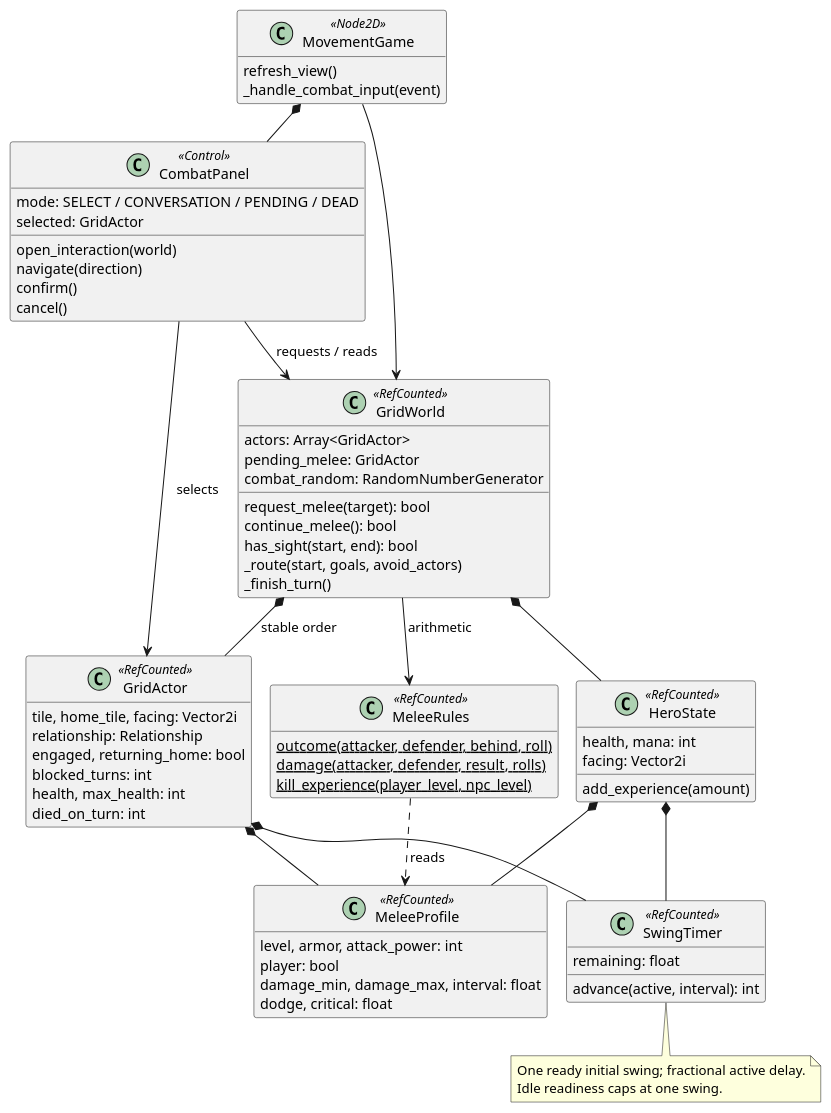
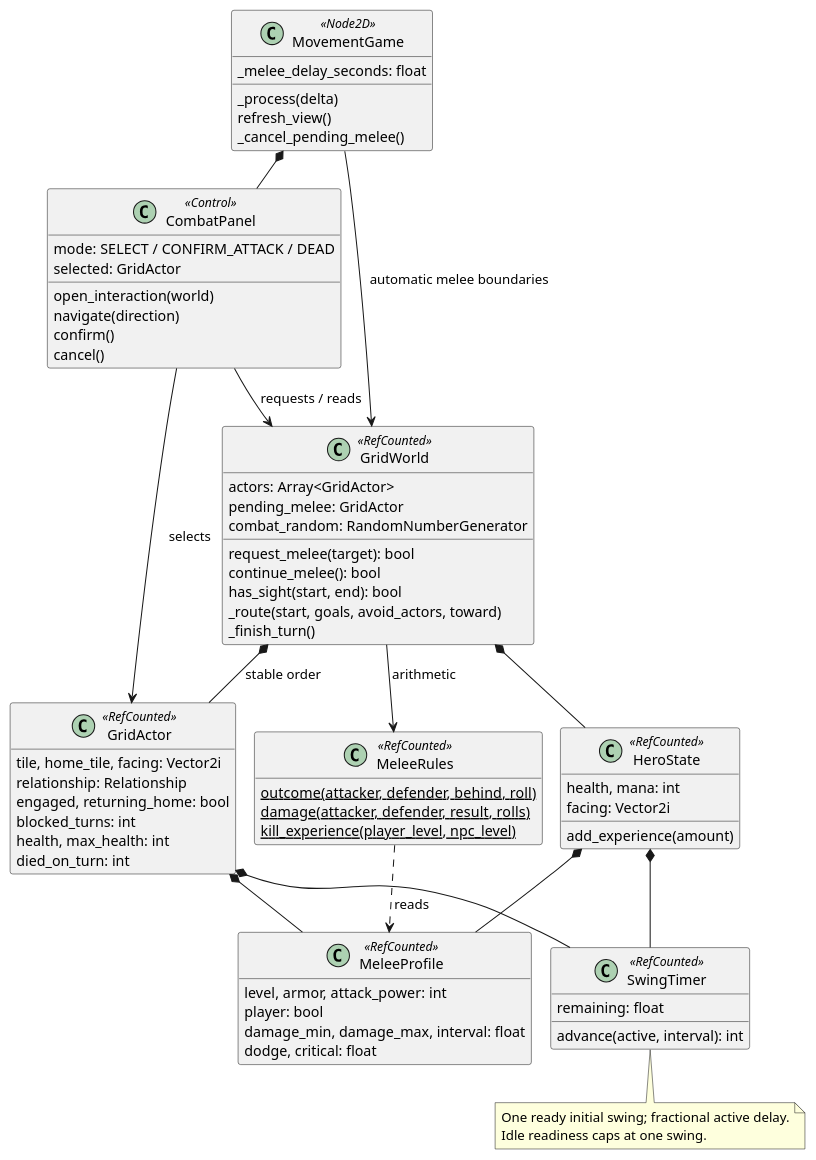
One commit to VHonzik/Ostinato changed the diagram in docs/architecture/classes/combat.puml. Above: the diagram before and after it, drawn with PlantUML. The commit also changed 12 other files, not shown here.

```diff
--- a/docs/architecture/classes/combat.puml
+++ b/docs/architecture/classes/combat.puml
@@ -1,75 +1,77 @@
 @startuml
 !pragma layout smetana
 skinparam shadowing false
 skinparam classAttributeIconSize 0
 hide empty members
 
 class MovementGame <<Node2D>> {
+  _melee_delay_seconds: float
+  _process(delta)
   refresh_view()
-  _handle_combat_input(event)
+  _cancel_pending_melee()
 }
 class CombatPanel <<Control>> {
-  mode: SELECT / CONVERSATION / PENDING / DEAD
+  mode: SELECT / CONFIRM_ATTACK / DEAD
   selected: GridActor
   open_interaction(world)
   navigate(direction)
   confirm()
   cancel()
 }
 class GridWorld <<RefCounted>> {
   actors: Array<GridActor>
   pending_melee: GridActor
   combat_random: RandomNumberGenerator
   request_melee(target): bool
   continue_melee(): bool
   has_sight(start, end): bool
-  _route(start, goals, avoid_actors)
+  _route(start, goals, avoid_actors, toward)
   _finish_turn()
 }
 class GridActor <<RefCounted>> {
   tile, home_tile, facing: Vector2i
   relationship: Relationship
   engaged, returning_home: bool
   blocked_turns: int
   health, max_health: int
   died_on_turn: int
 }
 class HeroState <<RefCounted>> {
   health, mana: int
   facing: Vector2i
   add_experience(amount)
 }
 class MeleeProfile <<RefCounted>> {
   level, armor, attack_power: int
   player: bool
   damage_min, damage_max, interval: float
   dodge, critical: float
 }
 class SwingTimer <<RefCounted>> {
   remaining: float
   advance(active, interval): int
 }
 class MeleeRules <<RefCounted>> {
   {static} outcome(attacker, defender, behind, roll)
   {static} damage(attacker, defender, result, rolls)
   {static} kill_experience(player_level, npc_level)
 }
 
 MovementGame *-- CombatPanel
-MovementGame --> GridWorld
+MovementGame --> GridWorld : automatic melee boundaries
 CombatPanel --> GridWorld : requests / reads
 CombatPanel --> GridActor : selects
 GridWorld *-- GridActor : stable order
 GridWorld *-- HeroState
 GridWorld --> MeleeRules : arithmetic
 GridActor *-- MeleeProfile
 HeroState *-- MeleeProfile
 GridActor *-- SwingTimer
 HeroState *-- SwingTimer
 MeleeRules ..> MeleeProfile : reads
 
 note bottom of SwingTimer
 One ready initial swing; fractional active delay.
 Idle readiness caps at one swing.
 end note
 @enduml
```
